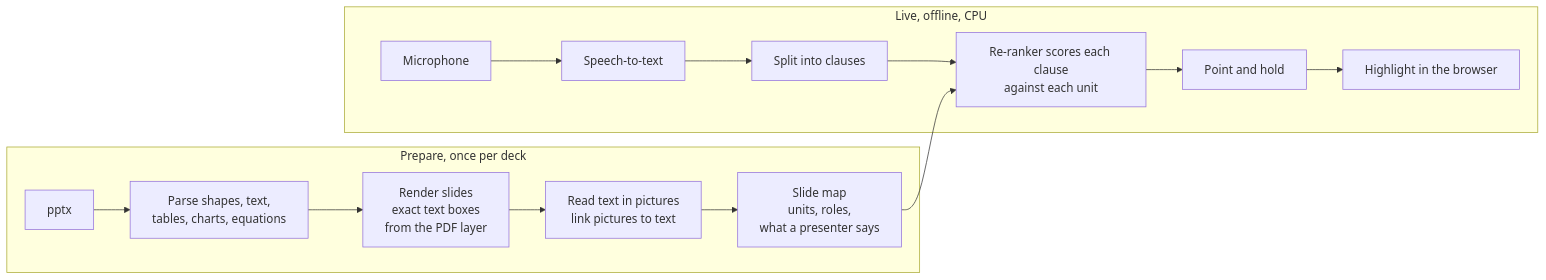
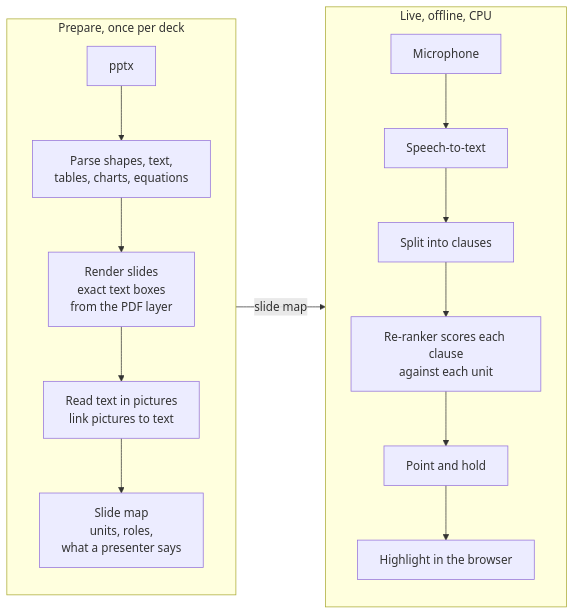
Before and after one commit to Nodir0705/smart-pointer: the diagram in README.md, drawn with Mermaid. The commit also changed other lines of this file, not shown here.

Commit message:
Make the diagram readable and state the test conditions next to the results

````diff
--- a/README.md
+++ b/README.md
@@ -17,17 +17,19 @@
 ```mermaid
 flowchart LR
     subgraph PREP[Prepare, once per deck]
+        direction TB
         A[pptx] --> B[Parse shapes, text,<br>tables, charts, equations]
         B --> C[Render slides<br>exact text boxes<br>from the PDF layer]
         C --> D[Read text in pictures<br>link pictures to text]
         D --> E[Slide map<br>units, roles,<br>what a presenter says]
     end
     subgraph LIVE[Live, offline, CPU]
+        direction TB
         M[Microphone] --> S[Speech-to-text]
         S --> K[Split into clauses]
         K --> R[Re-ranker scores each clause<br>against each unit]
         R --> P[Point and hold]
         P --> H[Highlight in the browser]
     end
-    E --> R
+    PREP -->|slide map| LIVE
 ```
````
